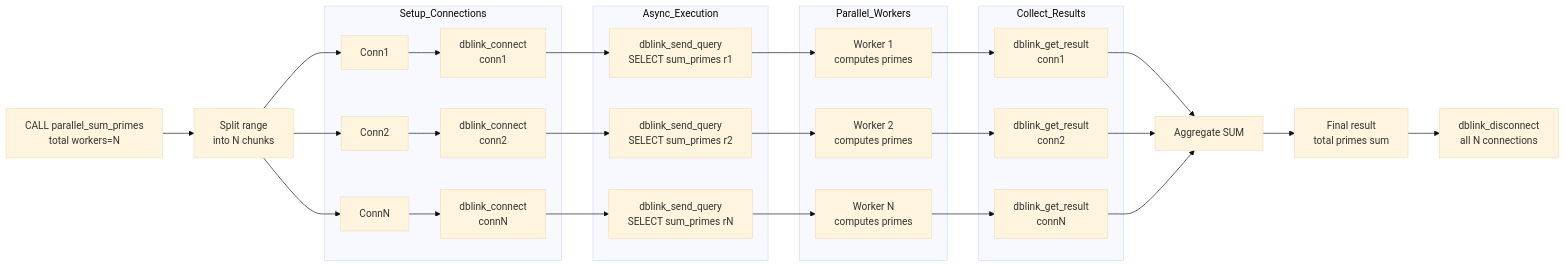
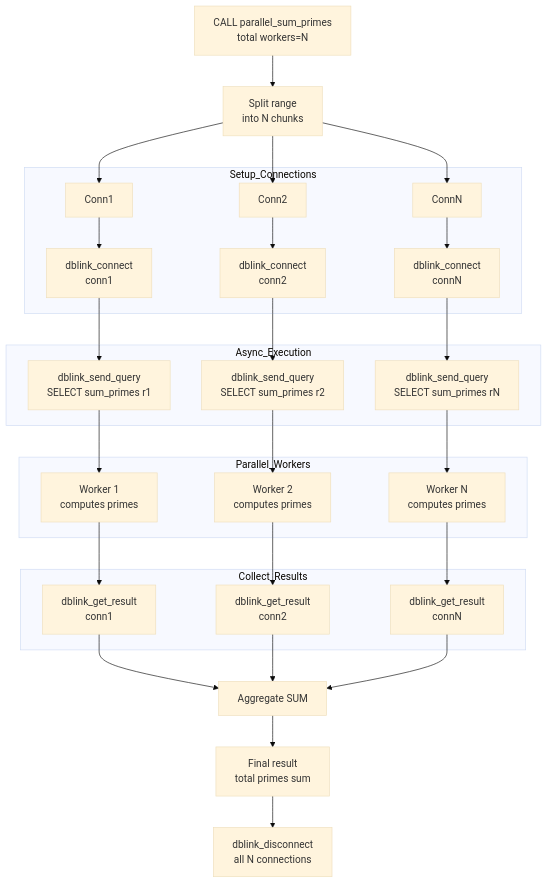
One commit to hubergilt/postgresql-parallel changed the diagram in dblink/README.md. Above: the diagram before and after it, drawn with Mermaid (base theme).

Commit message:
Update mermaid diagram for dblink

````diff
--- a/dblink/README.md
+++ b/dblink/README.md
@@ -5,42 +5,42 @@
 ```mermaid
-flowchart LR
+flowchart TD
     A["CALL parallel_sum_primes \ntotal workers=N"]
 
     A --> B[Split range \ninto N chunks]
 
     B --> C1[Conn1]
     B --> C2[Conn2]
     B --> C3[ConnN]
 
     subgraph Setup_Connections
         C1 --> D1["dblink_connect \nconn1"]
         C2 --> D2["dblink_connect \nconn2"]
         C3 --> D3["dblink_connect \nconnN"]
     end
 
     subgraph Async_Execution
         D1 --> E1["dblink_send_query \nSELECT sum_primes r1"]
         D2 --> E2["dblink_send_query \nSELECT sum_primes r2"]
         D3 --> E3["dblink_send_query \nSELECT sum_primes rN"]
     end
 
     subgraph Parallel_Workers
         E1 --> F1[Worker 1 \ncomputes primes]
         E2 --> F2[Worker 2 \ncomputes primes]
         E3 --> F3[Worker N \ncomputes primes]
     end
 
     subgraph Collect_Results
         F1 --> G1["dblink_get_result \nconn1"]
         F2 --> G2["dblink_get_result \nconn2"]
         F3 --> G3["dblink_get_result \nconnN"]
     end
 
     G1 --> H[Aggregate SUM]
     G2 --> H
     G3 --> H
 
     H --> I[Final result \ntotal primes sum]
 
     I --> J[dblink_disconnect \nall N connections]
 ```
````
